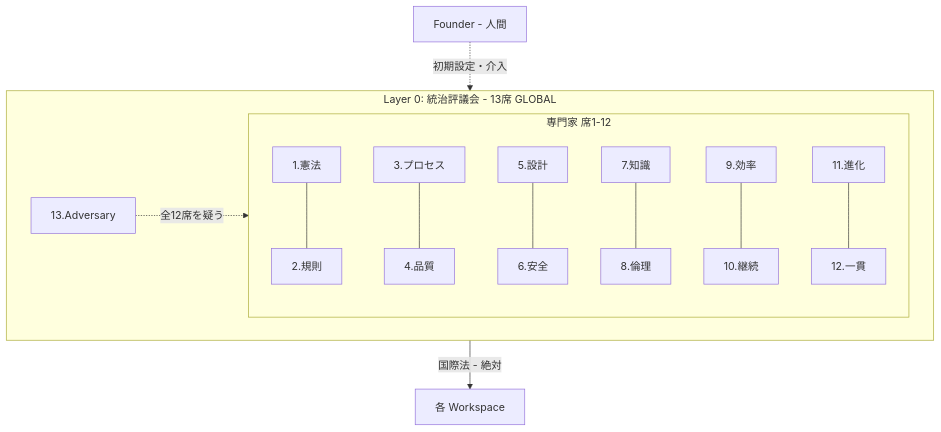
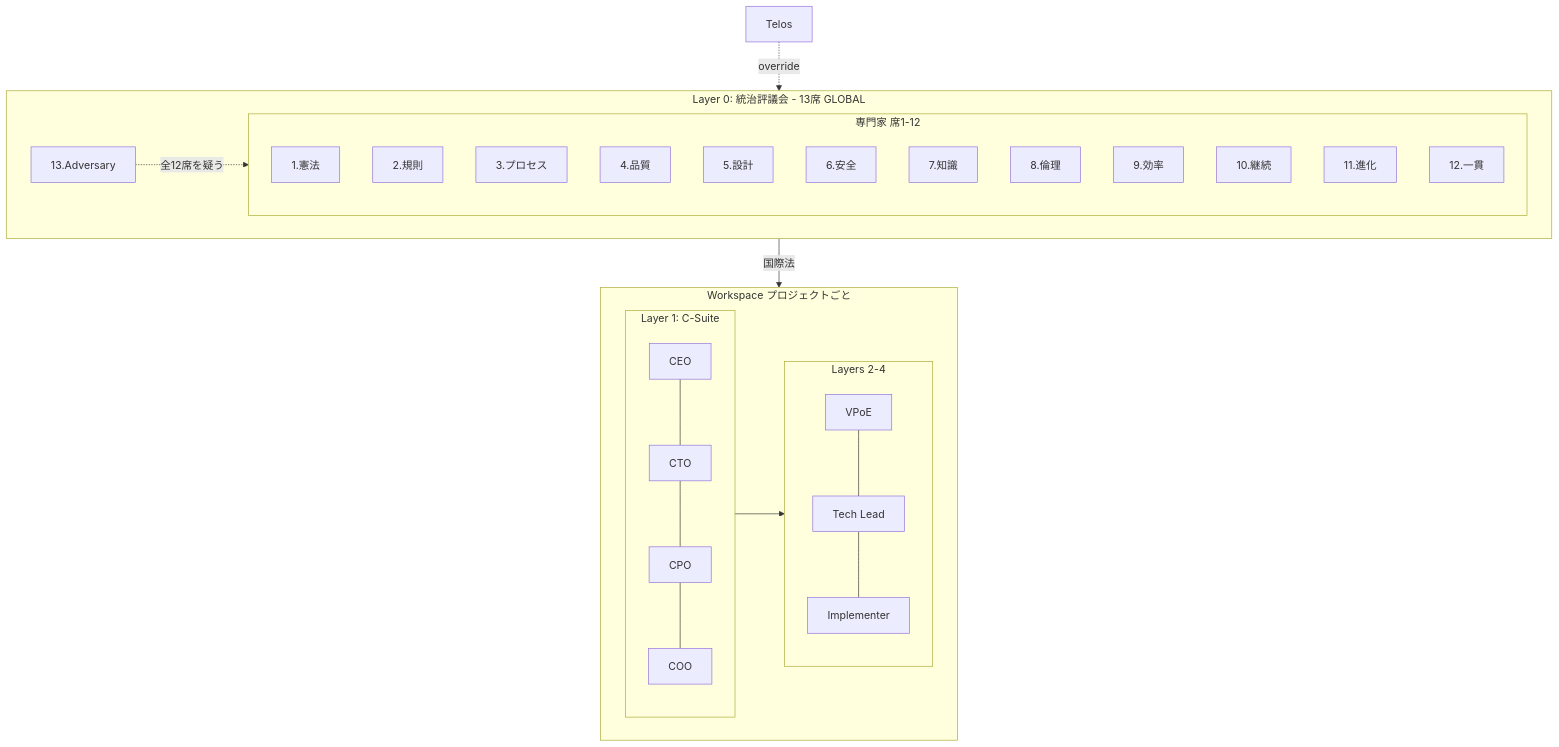
Before and after one commit to x6kage/arche: the fourth of 12 diagrams in docs/papers/001-governance-theory/ja.md, drawn with Mermaid. The commit also changed other lines of this file and 42 other files, not shown here.

````diff
--- a/docs/papers/001-governance-theory/ja.md
+++ b/docs/papers/001-governance-theory/ja.md
@@ -172,19 +172,36 @@
 ```mermaid
 graph TD
     subgraph Council ["Layer 0: 統治評議会 - 13席 GLOBAL"]
         direction LR
         subgraph Specialists ["専門家 席1-12"]
-            S1["1.憲法"] --- S2["2.規則"]
-            S3["3.プロセス"] --- S4["4.品質"]
-            S5["5.設計"] --- S6["6.安全"]
-            S7["7.知識"] --- S8["8.倫理"]
-            S9["9.効率"] --- S10["10.継続"]
-            S11["11.進化"] --- S12["12.一貫"]
+            S1["1.憲法"]
+            S2["2.規則"]
+            S3["3.プロセス"]
+            S4["4.品質"]
+            S5["5.設計"]
+            S6["6.安全"]
+            S7["7.知識"]
+            S8["8.倫理"]
+            S9["9.効率"]
+            S10["10.継続"]
+            S11["11.進化"]
+            S12["12.一貫"]
         end
         S13["13.Adversary"]
     end
 
     S13 -.->|"全12席を疑う"| Specialists
-    Council -->|"国際法 - 絶対"| WS["各 Workspace"]
-    Founder["Founder - 人間"] -.->|"初期設定・介入"| Council
+
+    subgraph WS ["Workspace プロジェクトごと"]
+        subgraph L1 ["Layer 1: C-Suite"]
+            CEO["CEO"] --- CTO["CTO"] --- CPO["CPO"] --- COO["COO"]
+        end
+        subgraph L2_4 ["Layers 2-4"]
+            VPoE["VPoE"] --- TL["Tech Lead"] --- Impl["Implementer"]
+        end
+        L1 --> L2_4
+    end
+
+    Council -->|"国際法"| WS
+    Telos["Telos"] -.->|"override"| Council
 ```
````
